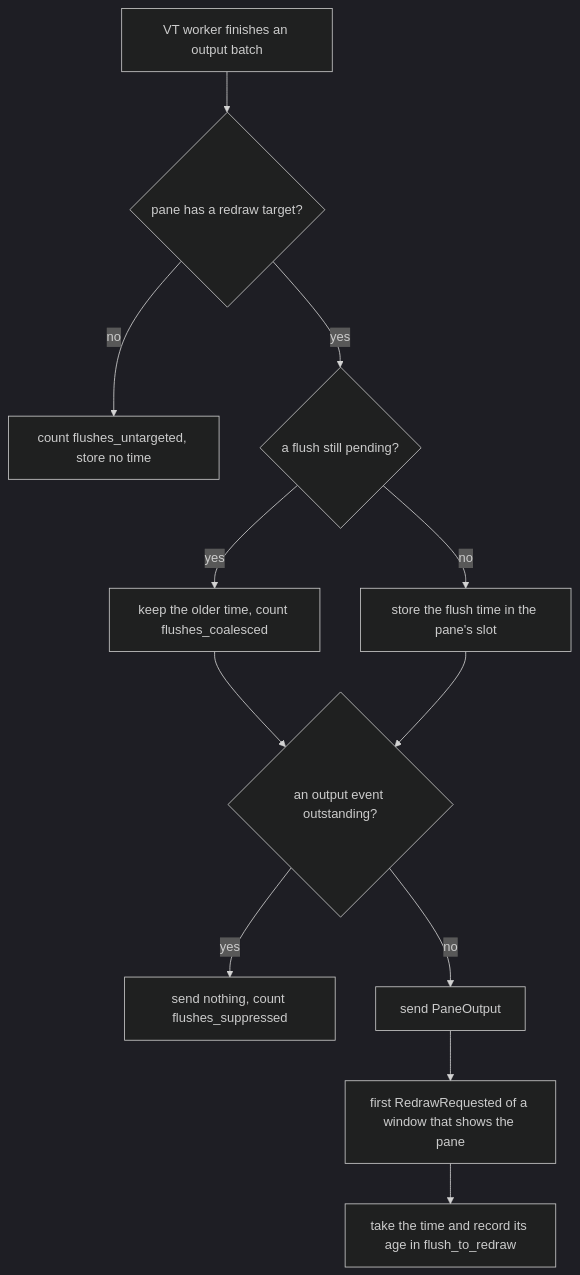
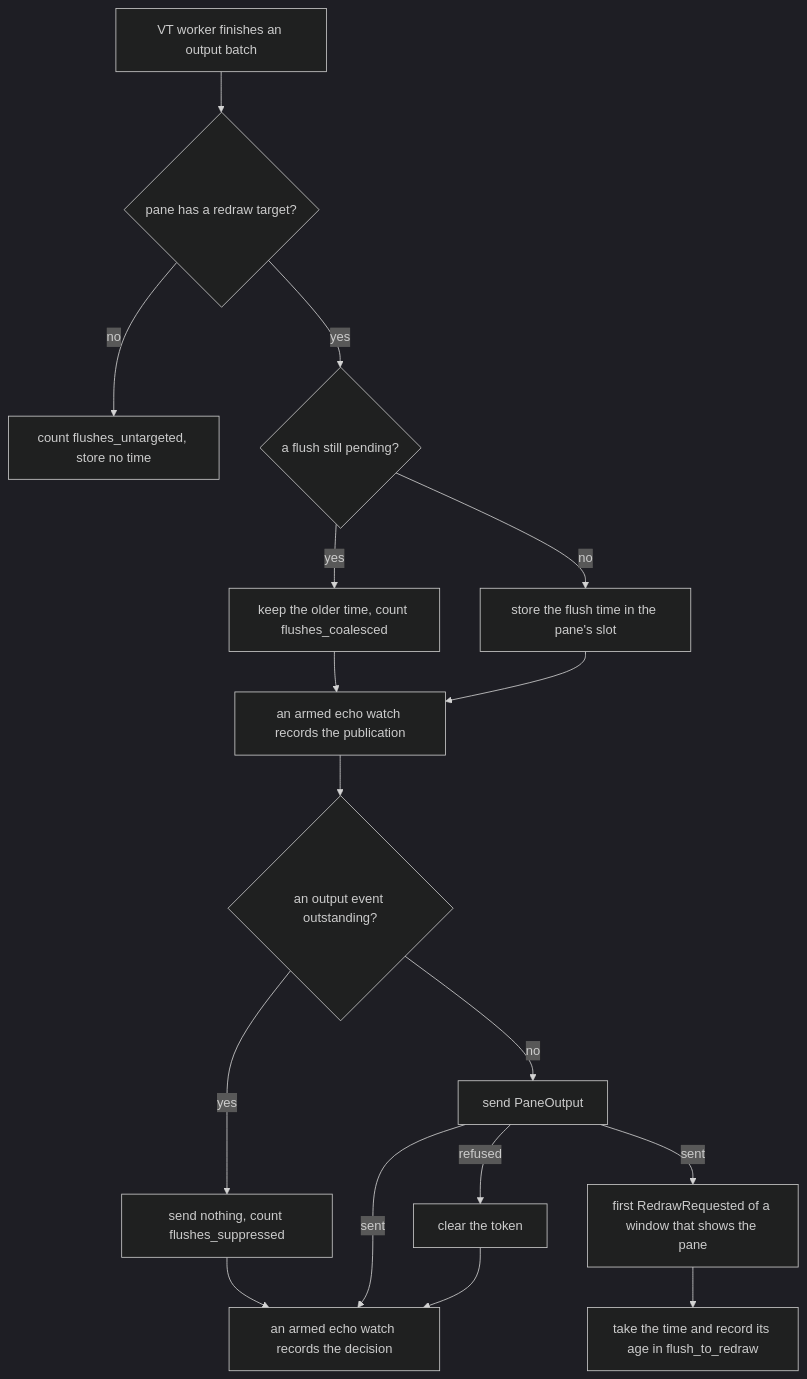
One commit to D0n9X1n/SonicTerm changed the diagram in wiki/Logging.md. Above: the diagram before and after it, drawn with Mermaid (dark theme). The commit also changed other lines of this file and 33 other files, not shown here.

````diff
--- a/wiki/Logging.md
+++ b/wiki/Logging.md
@@ -590,14 +590,19 @@
 ```mermaid
 flowchart TD
     batch["VT worker finishes an output batch"] --> target{"pane has a redraw target?"}
     target -- no --> untargeted["count flushes_untargeted, store no time"]
     target -- yes --> pending{"a flush still pending?"}
     pending -- yes --> coalesced["keep the older time, count flushes_coalesced"]
     pending -- no --> store["store the flush time in the pane's slot"]
-    coalesced --> token{"an output event outstanding?"}
-    store --> token
+    coalesced --> watch["an armed echo watch records the publication"]
+    store --> watch
+    watch --> token{"an output event outstanding?"}
     token -- yes --> suppressed["send nothing, count flushes_suppressed"]
     token -- no --> send["send PaneOutput"]
-    send --> redraw["first RedrawRequested of a window that shows the pane"]
+    send -- refused --> refused["clear the token"]
+    suppressed --> decision["an armed echo watch records the decision"]
+    send -- sent --> decision
+    refused --> decision
+    send -- sent --> redraw["first RedrawRequested of a window that shows the pane"]
     redraw --> take["take the time and record its age in flush_to_redraw"]
 ```
````
